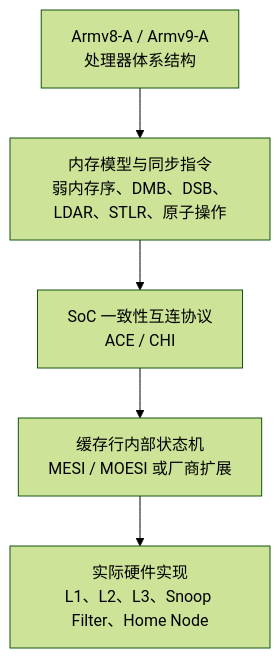
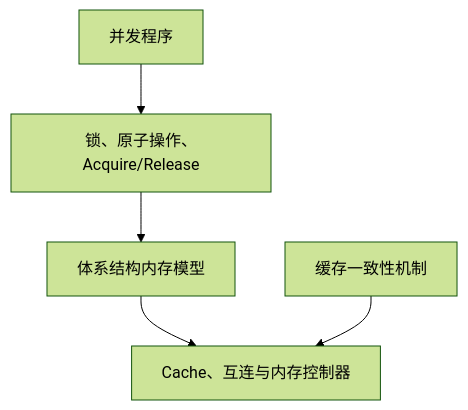
One commit to FormingSystem/linux_note changed the first of 9 diagrams in knowledge/foundations/computer_architecture/cache_coheren/内存一致性_MESI.md. Above: the diagram before and after it, drawn with Mermaid (forest theme). The commit also changed other lines of this file and 5 other files, not shown here.

````diff
--- a/knowledge/foundations/computer_architecture/cache_coheren/内存一致性_MESI.md
+++ b/knowledge/foundations/computer_architecture/cache_coheren/内存一致性_MESI.md
@@ -26,13 +34,13 @@
 ```mermaid
 flowchart TB
-    ISA["Armv8-A / Armv9-A<br/>处理器体系结构"]
-    MODEL["内存模型与同步指令<br/>弱内存序、DMB、DSB、LDAR、STLR、原子操作"]
-    PROTOCOL["SoC 一致性互连协议<br/>ACE / CHI"]
-    STATE["缓存行内部状态机<br/>MESI / MOESI 或厂商扩展"]
-    HW["实际硬件实现<br/>L1、L2、L3、Snoop Filter、Home Node"]
+    PROGRAM["并发程序"]
+    SYNC["锁、原子操作、Acquire/Release"]
+    MODEL["体系结构内存模型"]
+    COHERENCE["缓存一致性机制"]
+    HARDWARE["Cache、互连与内存控制器"]
 
-    ISA --> MODEL
-    MODEL --> PROTOCOL
-    PROTOCOL --> STATE
-    STATE --> HW
+    PROGRAM --> SYNC
+    SYNC --> MODEL
+    MODEL --> HARDWARE
+    COHERENCE --> HARDWARE
 ```
````
